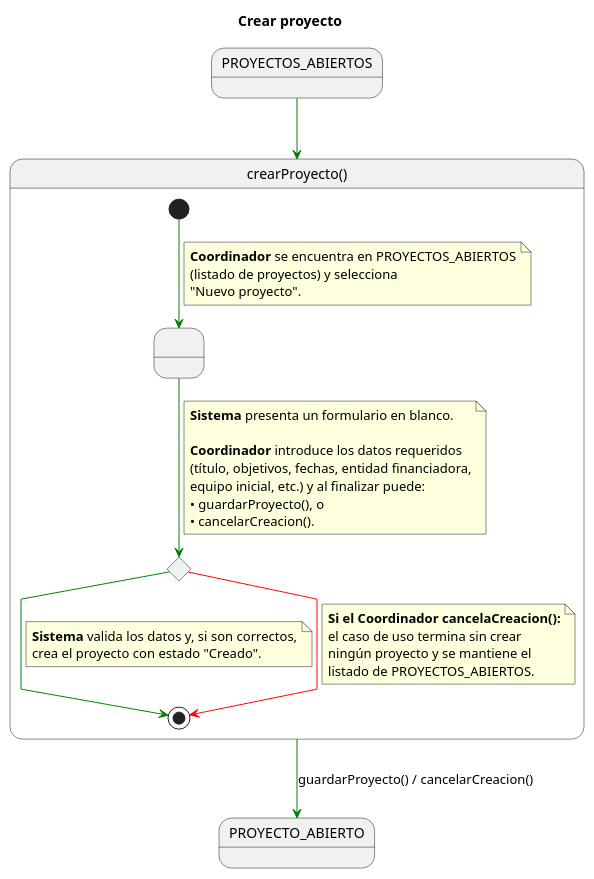
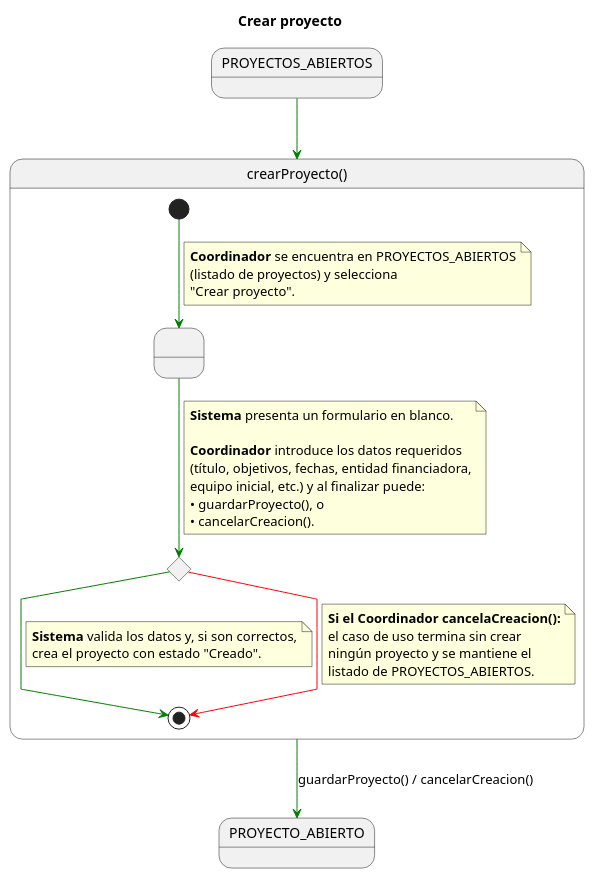
The diagram in documents/CasosDeUso/DetalladoCasosDeUso/Coordinador/crearProyecto().puml (31Diego/25-26-IdSw1-SdR), drawn with PlantUML before and after one commit. The commit also changed 9 other files, not shown here.

Commit message:
refactor: actualizar terminología a convención CRUD en todos los diagramas

```diff
--- a/documents/CasosDeUso/DetalladoCasosDeUso/Coordinador/crearProyecto().puml
+++ b/documents/CasosDeUso/DetalladoCasosDeUso/Coordinador/crearProyecto().puml
@@ -1,52 +1,52 @@
 @startuml CrearProyecto
 title Crear proyecto
 skinparam linetype polyline
 
 state PROYECTOS_ABIERTOS_INICIAL  as "PROYECTOS_ABIERTOS"
 state PROYECTO_ABIERTO_FINAL      as "PROYECTO_ABIERTO"
 
 PROYECTOS_ABIERTOS_INICIAL -[#green]-> crearProyecto
 
 state crearProyecto as "crearProyecto()" {
 
     state FormularioProyecto as " "
     state DecisionUsuario <<choice>>
 
     [*] -[#green]-> FormularioProyecto
     note on link
     <b>Coordinador</b> se encuentra en PROYECTOS_ABIERTOS
     (listado de proyectos) y selecciona
-    "Nuevo proyecto".
+    "Crear proyecto".
     end note
 
     FormularioProyecto -[#green]-> DecisionUsuario
     note on link
     <b>Sistema</b> presenta un formulario en blanco.
 
     <b>Coordinador</b> introduce los datos requeridos
     (título, objetivos, fechas, entidad financiadora,
     equipo inicial, etc.) y al finalizar puede:
     • guardarProyecto(), o
     • cancelarCreacion().
     end note
 
     ' Flujo básico: guarda proyecto
     DecisionUsuario -[#green]-> [*]
     note on link
     <b>Sistema</b> valida los datos y, si son correctos,
     crea el proyecto con estado "Creado".
     end note
 
     ' Flujo alternativo: cancela
     DecisionUsuario -[#red]-> [*]
     note on link
     <b>Si el Coordinador cancelaCreacion():</b>
     el caso de uso termina sin crear
     ningún proyecto y se mantiene el
     listado de PROYECTOS_ABIERTOS.
     end note
 }
 
 crearProyecto -[#green]-> PROYECTO_ABIERTO_FINAL : guardarProyecto() / cancelarCreacion()
 
 @enduml
```
